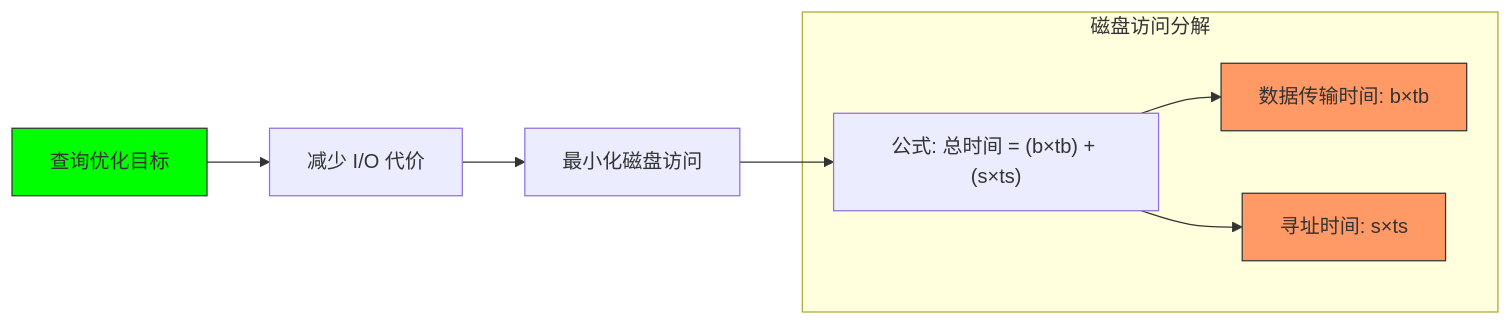
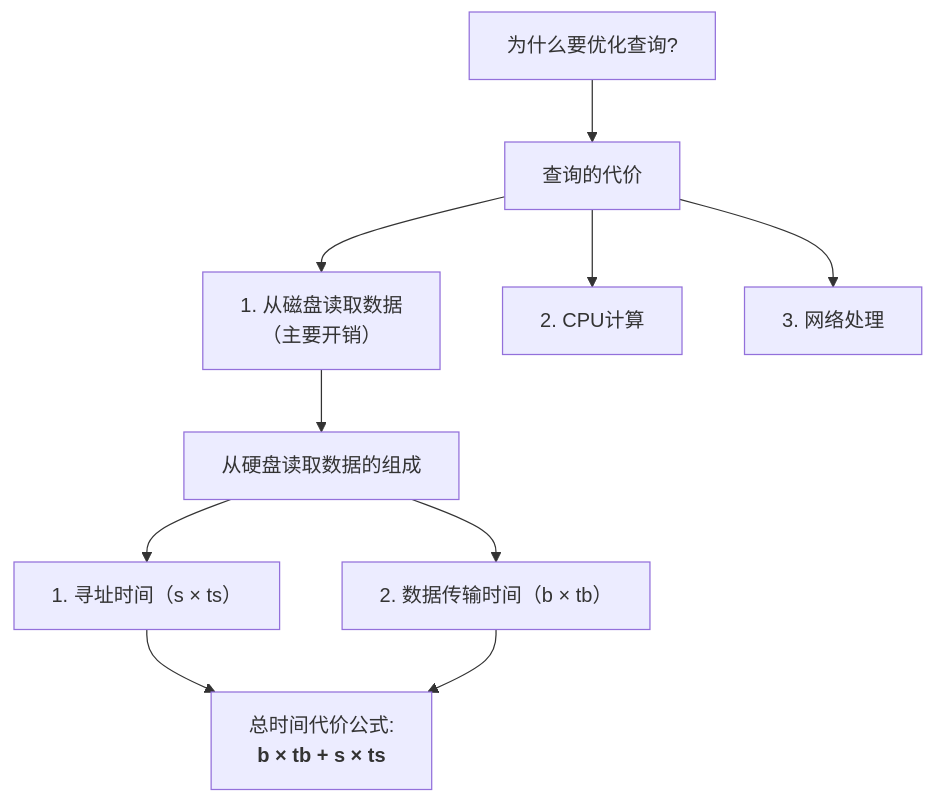
The second of 2 diagrams in 数据库系统概论/readme.md (alxy18977578363/Code_Brewery), drawn with Mermaid before and after one commit. The commit also changed other lines of this file, not shown here.

````diff
--- a/数据库系统概论/readme.md
+++ b/数据库系统概论/readme.md
@@ -219,15 +213,14 @@
 ```mermaid
-flowchart LR
-    A[查询优化目标] --> B["减少 I/O 代价"]
-    B --> C["最小化磁盘访问"]
-    C --> D["公式: 总时间 = (b×tb) + (s×ts)"]
+flowchart TD
+    A[为什么要优化查询?] --> B[查询的代价]
+    B --> B1[1. 从磁盘读取数据\n（主要开销）]
+    B --> B2[2. CPU计算]
+    B --> B3[3. 网络处理]
     
-    subgraph 磁盘访问分解
-        D --> D1["数据传输时间: b×tb"]
-        D --> D2["寻址时间: s×ts"]
-    end
-
-    style A fill:#0f0,stroke:#333
-    style D1 fill:#f96,stroke:#333
-    style D2 fill:#f96,stroke:#333
+    B1 --> C[从硬盘读取数据的组成]
+    C --> C1["1. 寻址时间（s × ts）"]
+    C --> C2["2. 数据传输时间（b × tb）"]
+    
+    C1 --> D["总时间代价公式:\n<b>b × tb + s × ts</b>"]
+    C2 --> D
 ```
````
